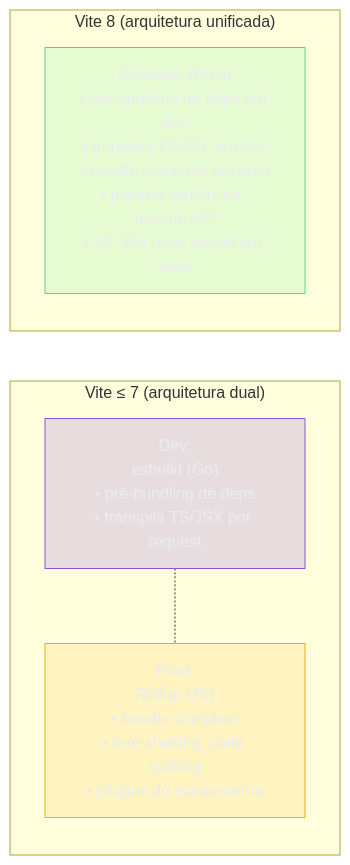
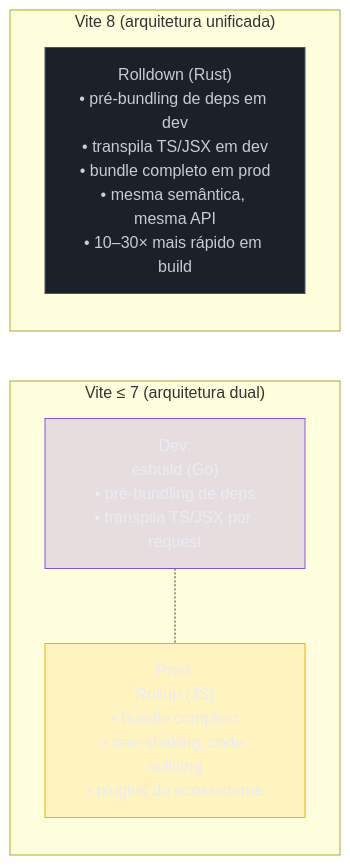
One commit to josenaldo/codex-technomanticus changed the eighth of 9 diagrams in 03-Dominios/Tecnologia/Tooling e Build/09 - Dev server e HMR.md. Above: the diagram before and after it, drawn with Mermaid. The commit also changed other lines of this file and 601 other files, not shown here.

````diff
--- a/03-Dominios/Tecnologia/Tooling e Build/09 - Dev server e HMR.md
+++ b/03-Dominios/Tecnologia/Tooling e Build/09 - Dev server e HMR.md
@@ -502,18 +502,18 @@
 ```mermaid
 graph LR
+    classDef neutro fill:#1B2029,stroke:#4E5666,color:#C6CCD8
     classDef marca fill:#8855DF33,stroke:#8855DF,color:#E9ECF2
     classDef destaque fill:#FFAA0024,stroke:#FFAA00,color:#E9ECF2
-    classDef ok fill:#4ADE8021,stroke:#4ADE80,color:#E9ECF2
     subgraph VITE7["Vite ≤ 7 (arquitetura dual)"]
         V7DEV["Dev:\nesbuild (Go)\n• pré-bundling de deps\n• transpila TS/JSX por request"]
         V7PROD["Prod:\nRollup (JS)\n• bundle completo\n• tree-shaking, code splitting\n• plugins do ecossistema"]
         V7DEV -.- V7PROD
         class V7DEV marca
         class V7PROD destaque
     end
 
     subgraph VITE8["Vite 8 (arquitetura unificada)"]
         V8["Rolldown (Rust)\n• pré-bundling de deps em dev\n• transpila TS/JSX em dev\n• bundle completo em prod\n• mesma semântica, mesma API\n• 10–30× mais rápido em build"]
-        class V8 ok
+        class V8 neutro
     end
 ```
````
